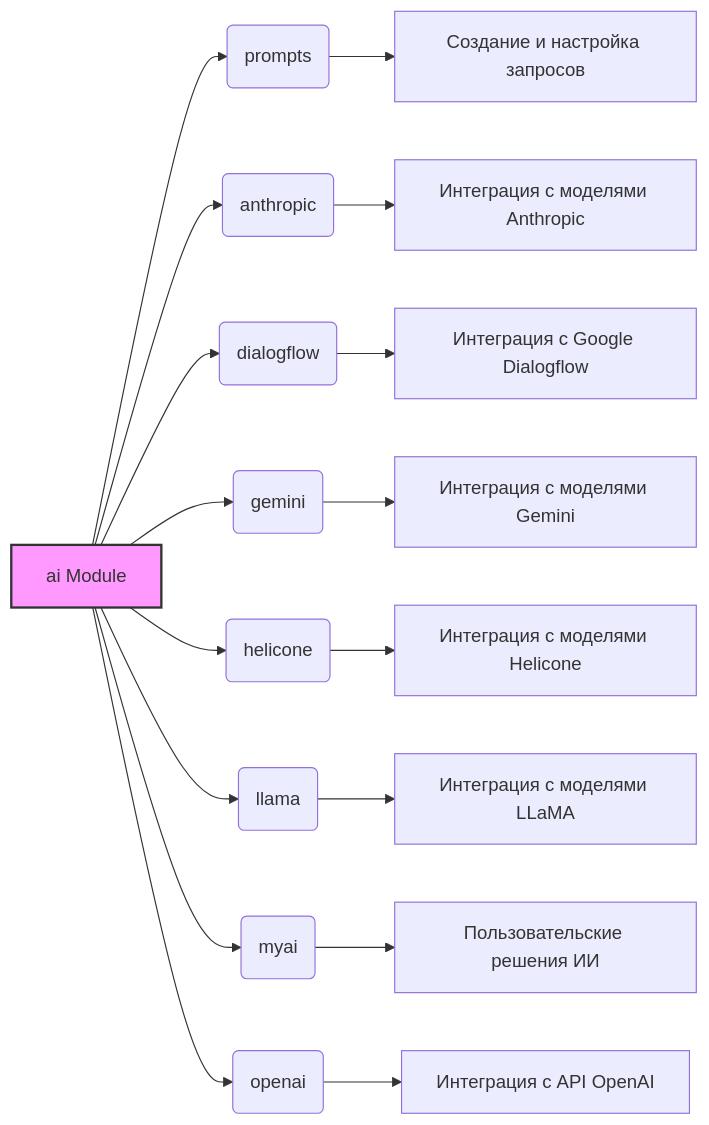
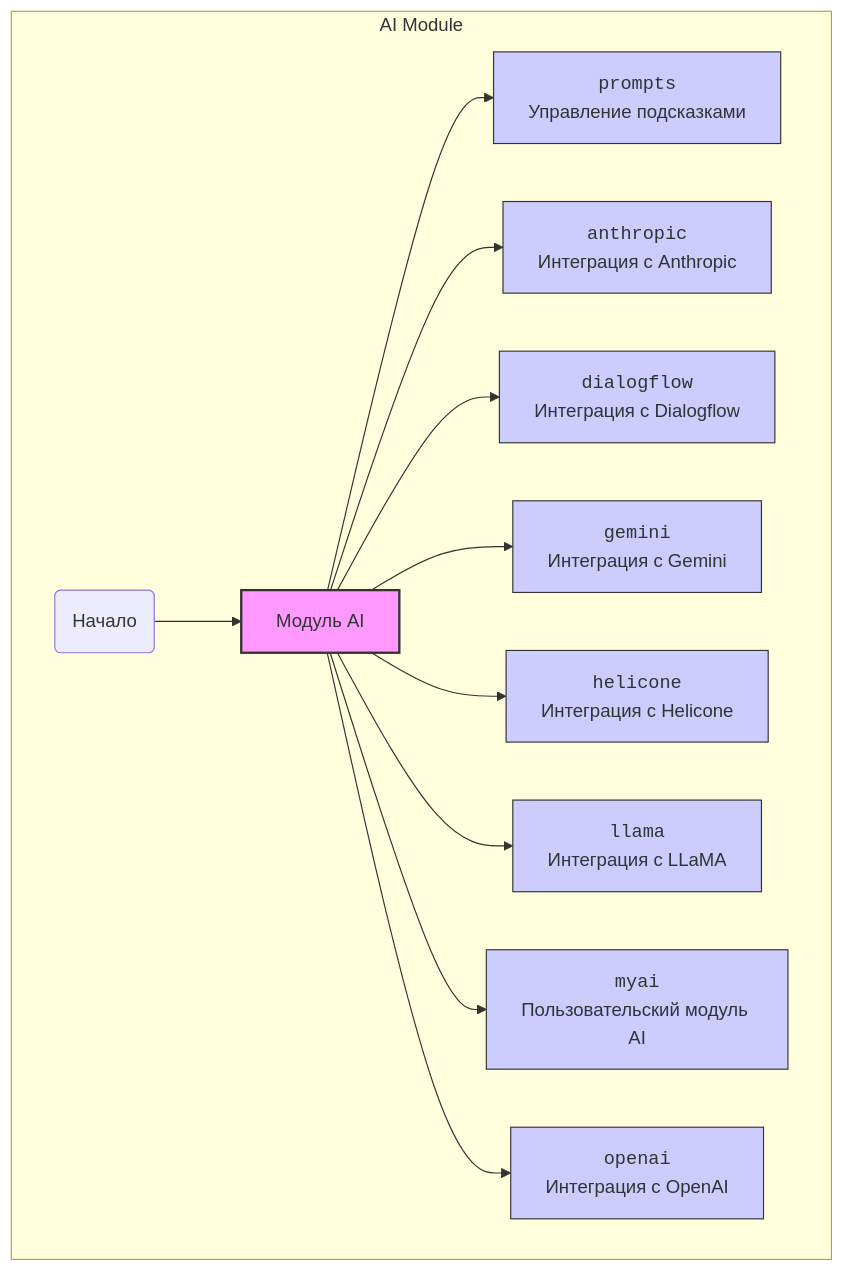
Before and after one commit to hypo69/hypo: the second of 2 diagrams in docs/gemini/ru/explainer/src/ai/openai/readme.ru.md.md, drawn with Mermaid. The commit also changed other lines of this file and 3338 other files, not shown here.

````diff
--- a/docs/gemini/ru/explainer/src/ai/openai/readme.ru.md.md
+++ b/docs/gemini/ru/explainer/src/ai/openai/readme.ru.md.md
@@ -34,25 +61,24 @@
 ```mermaid
-graph LR
-    A[ai Module] --> B(prompts);
-    A --> C(anthropic);
-    A --> D(dialogflow);
-    A --> E(gemini);
-    A --> F(helicone);
-    A --> G(llama);
-    A --> H(myai);
-    A --> I(openai);
-    
-    B --> B1[Создание и настройка запросов];
-    C --> C1[Интеграция с моделями Anthropic];
-    D --> D1[Интеграция с Google Dialogflow];
-    E --> E1[Интеграция с моделями Gemini];
-    F --> F1[Интеграция с моделями Helicone];
-    G --> G1[Интеграция с моделями LLaMA];
-    H --> H1[Пользовательские решения ИИ];
-    I --> I1[Интеграция с API OpenAI];
+graph TD
+    subgraph AI Module
+        Start(Начало) --> AI[Модуль AI]
+        AI --> Prompts[<code>prompts</code><br>Управление подсказками]
+        AI --> Anthropic[<code>anthropic</code><br>Интеграция с Anthropic]
+        AI --> Dialogflow[<code>dialogflow</code><br>Интеграция с Dialogflow]
+        AI --> Gemini[<code>gemini</code><br>Интеграция с Gemini]
+         AI --> Helicone[<code>helicone</code><br>Интеграция с Helicone]
+        AI --> Llama[<code>llama</code><br>Интеграция с LLaMA]
+        AI --> Myai[<code>myai</code><br>Пользовательский модуль AI]
+        AI --> OpenAI[<code>openai</code><br>Интеграция с OpenAI]
+    end
 
-    style A fill:#f9f,stroke:#333,stroke-width:2px
-    
-    linkStyle 0,1,2,3,4,5,6,7 stroke:#333,stroke-width:1px;
-    linkStyle 8,9,10,11,12,13,14,15 stroke:#333,stroke-width:1px;
+    style AI fill:#f9f,stroke:#333,stroke-width:2px
+    style Prompts fill:#ccf,stroke:#333,stroke-width:1px
+    style Anthropic fill:#ccf,stroke:#333,stroke-width:1px
+    style Dialogflow fill:#ccf,stroke:#333,stroke-width:1px
+    style Gemini fill:#ccf,stroke:#333,stroke-width:1px
+    style Helicone fill:#ccf,stroke:#333,stroke-width:1px
+    style Llama fill:#ccf,stroke:#333,stroke-width:1px
+    style Myai fill:#ccf,stroke:#333,stroke-width:1px
+    style OpenAI fill:#ccf,stroke:#333,stroke-width:1px
 ```
````
